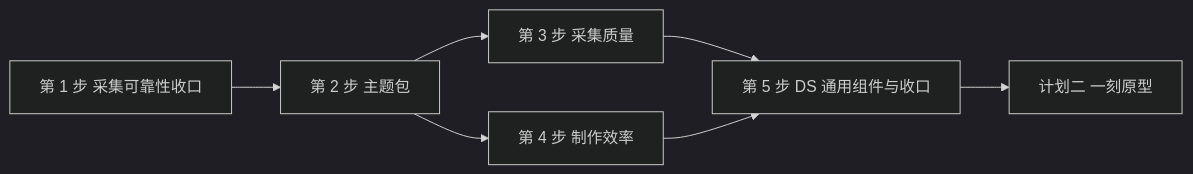
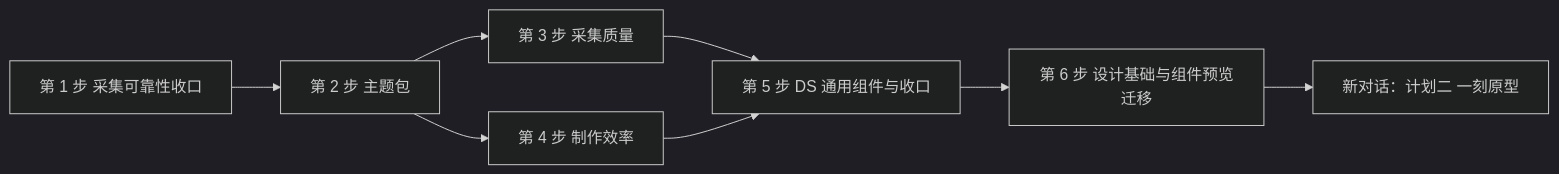
The diagram in docs/roadmap/README.md (xinqingaa/proto-bridge), drawn with Mermaid (dark theme) before and after one commit. The commit also changed other lines of this file and 16 other files, not shown here.

````diff
--- a/docs/roadmap/README.md
+++ b/docs/roadmap/README.md
@@ -24,9 +24,10 @@
 ```mermaid
 flowchart LR
   P1["第 1 步 采集可靠性收口"] --> P2["第 2 步 主题包"]
   P2 --> P3["第 3 步 采集质量"]
   P2 --> P4["第 4 步 制作效率"]
   P3 --> P5["第 5 步 DS 通用组件与收口"]
   P4 --> P5
-  P5 --> Yike["计划二 一刻原型"]
+  P5 --> P6["第 6 步 设计基础与组件预览迁移"]
+  P6 --> Yike["新对话：计划二 一刻原型"]
 ```
````
